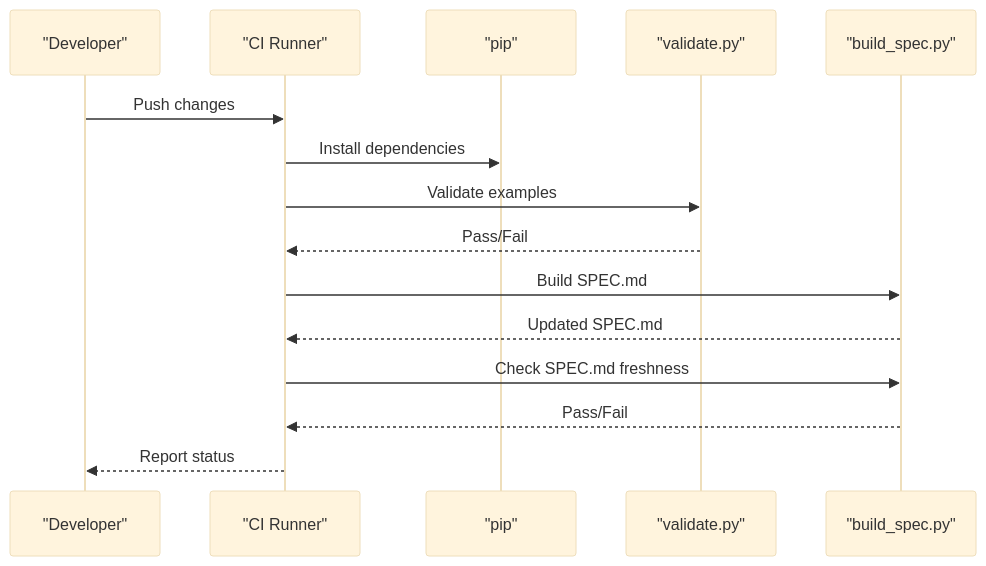
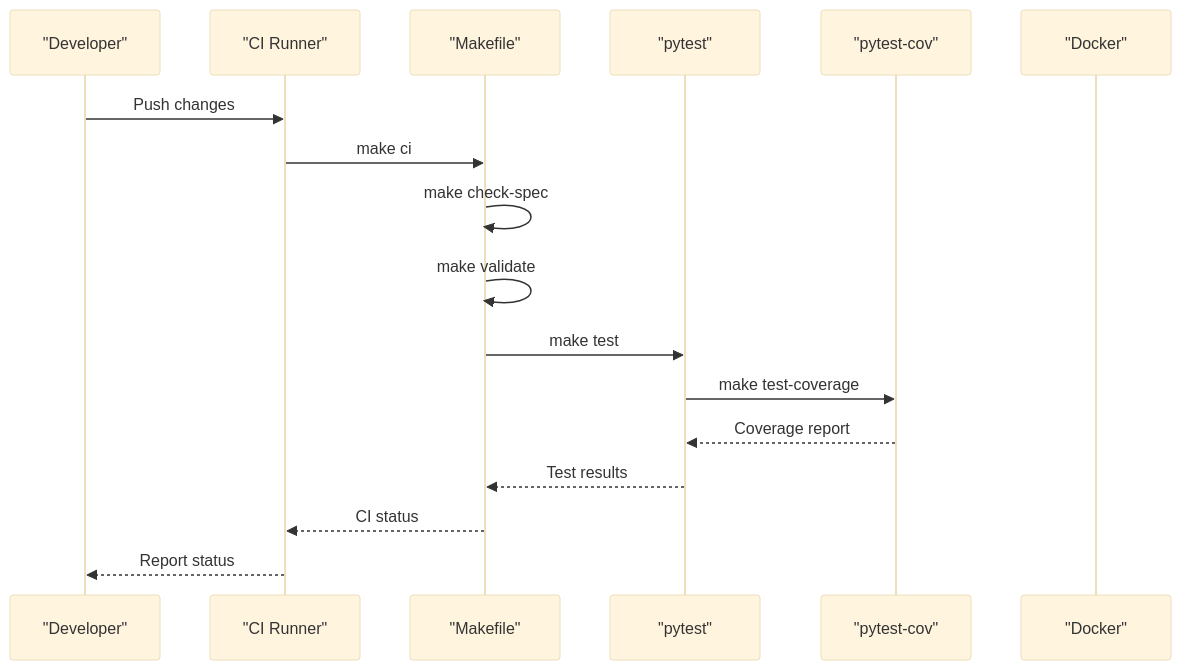
The seventh of 7 diagrams in .qoder/repowiki/en/content/Development and Contributing.md (asukhodko/opskarta), drawn with Mermaid (base theme) before and after one commit. The commit also changed other lines of this file and 5 other files, not shown here.

````diff
--- a/.qoder/repowiki/en/content/Development and Contributing.md
+++ b/.qoder/repowiki/en/content/Development and Contributing.md
@@ -331,17 +463,19 @@
 ```mermaid
 sequenceDiagram
 participant Dev as "Developer"
 participant CI as "CI Runner"
-participant Pip as "pip"
-participant Val as "validate.py"
-participant Spec as "build_spec.py"
+participant Make as "Makefile"
+participant PyTest as "pytest"
+participant Coverage as "pytest-cov"
+participant Docker as "Docker"
 Dev->>CI : Push changes
-CI->>Pip : Install dependencies
-CI->>Val : Validate examples
-Val-->>CI : Pass/Fail
-CI->>Spec : Build SPEC.md
-Spec-->>CI : Updated SPEC.md
-CI->>Spec : Check SPEC.md freshness
-Spec-->>CI : Pass/Fail
+CI->>Make : make ci
+Make->>Make : make check-spec
+Make->>Make : make validate
+Make->>PyTest : make test
+PyTest->>Coverage : make test-coverage
+Coverage-->>PyTest : Coverage report
+PyTest-->>Make : Test results
+Make-->>CI : CI status
 CI-->>Dev : Report status
 ```
````
